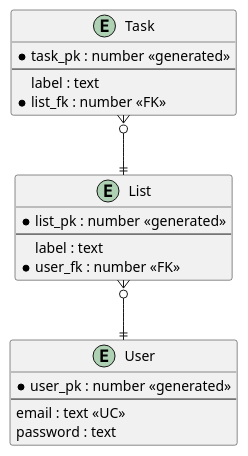
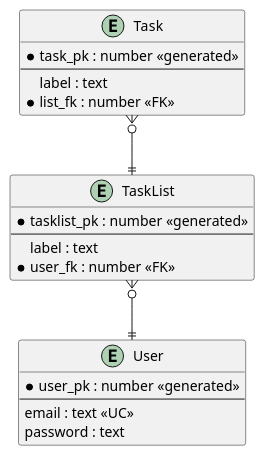
One commit to Julien-Wiegandt/ToDo_JEE changed the diagram in documentation/database/mysql/database.puml. Above: the diagram before and after it, drawn with PlantUML. The commit also changed 12 other files, not shown here.

```diff
--- a/documentation/database/mysql/database.puml
+++ b/documentation/database/mysql/database.puml
@@ -1,34 +1,34 @@
 @startuml
 
 /'
 Zero or One	|o--
 Exactly One	||--
 Zero or Many	}o--
 One or Many	}|--
 '/
 
 entity User{
     *user_pk : number <<generated>>
     --
     email : text <<UC>>
     password : text
 }
 
 entity Task{
     *task_pk : number <<generated>>
     --
     label : text
     *list_fk : number <<FK>>
 }
 
-entity List{
-    *list_pk : number <<generated>>
+entity TaskList{
+    *tasklist_pk : number <<generated>>
     --
     label : text
     *user_fk : number <<FK>>
 }
 
-List }o--|| User
-Task }o--|| List
+TaskList }o--|| User
+Task }o--|| TaskList
 
 @enduml
```
